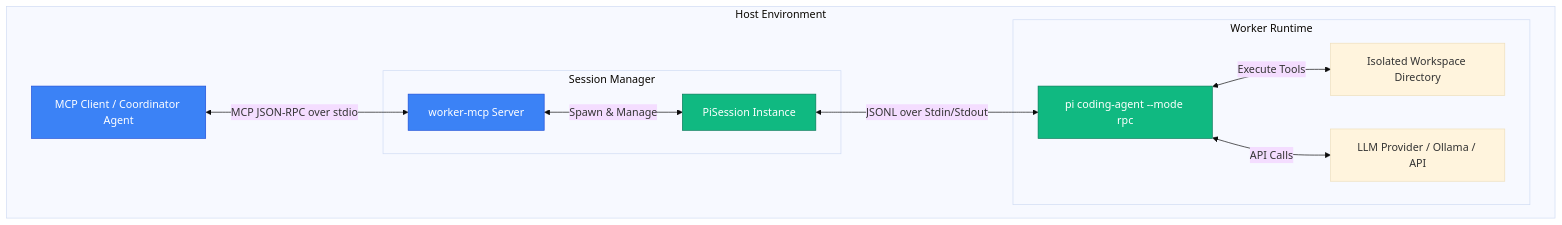
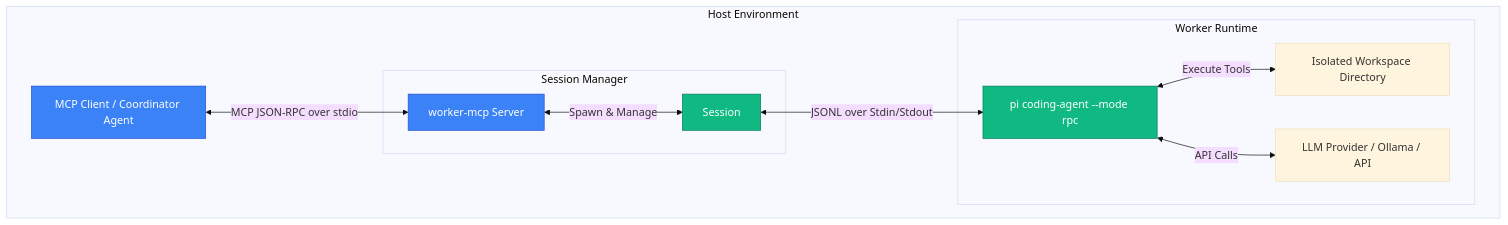
Before and after one commit to noosxe/worker-mcp: the first of 2 diagrams in docs/architecture.md, drawn with Mermaid (base theme). The commit also changed other lines of this file and 34 other files, not shown here.

````diff
--- a/docs/architecture.md
+++ b/docs/architecture.md
@@ -11,21 +11,21 @@
 ```mermaid
 graph TD
     subgraph Host Environment
         C[MCP Client / Coordinator Agent] <-->|MCP JSON-RPC over stdio| S[worker-mcp Server]
 
         subgraph Session Manager
-            S <-->|Spawn & Manage| P[PiSession Instance]
+            S <-->|Spawn & Manage| P[Session]
         end
 
         subgraph Worker Runtime
             P <-->|JSONL over Stdin/Stdout| CLI[pi coding-agent --mode rpc]
             CLI <-->|Execute Tools| WS[Isolated Workspace Directory]
             CLI <-->|API Calls| LLM[LLM Provider / Ollama / API]
         end
     end
 
     classDef main fill:#3b82f6,stroke:#1d4ed8,color:#fff;
     classDef secondary fill:#10b981,stroke:#047857,color:#fff;
     class C,S main;
     class P,CLI secondary;
 ```
````
